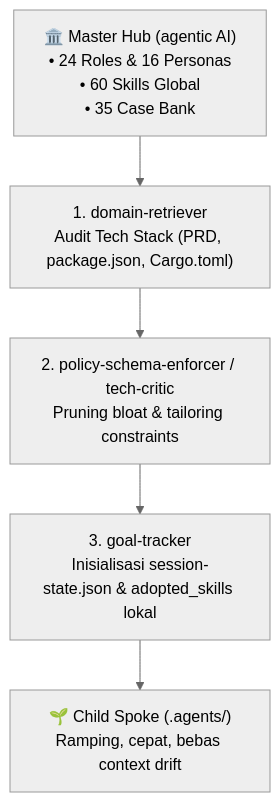
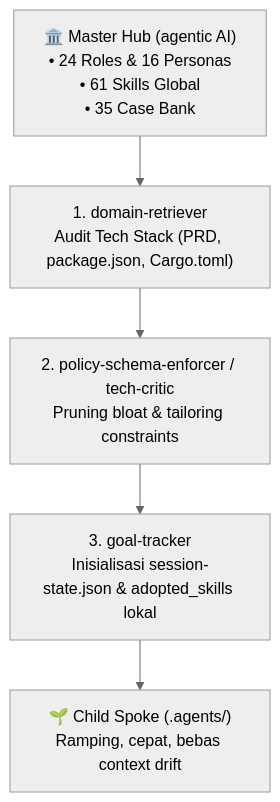
One commit to AhmadArifff/agentic-ai-skill changed the diagram in .agents/knowledge/spoke-adoption-guide.md. Above: the diagram before and after it, drawn with Mermaid (neutral theme). The commit also changed other lines of this file and 20 other files, not shown here.

Commit message:
feat: add agentic AI hub-and-spoke architecture, Mocha skill, and sync scripts

````diff
--- a/.agents/knowledge/spoke-adoption-guide.md
+++ b/.agents/knowledge/spoke-adoption-guide.md
@@ -11,9 +11,9 @@
 ```mermaid
 flowchart TD
-    MASTER["🏛️ Master Hub (agentic AI)<br/>• 24 Roles & 16 Personas<br/>• 60 Skills Global<br/>• 35 Case Bank"]
+    MASTER["🏛️ Master Hub (agentic AI)<br/>• 24 Roles & 16 Personas<br/>• 61 Skills Global<br/>• 35 Case Bank"]
     
     MASTER --> AUDIT["1. domain-retriever<br/>Audit Tech Stack (PRD, package.json, Cargo.toml)"]
     AUDIT --> PRUNE["2. policy-schema-enforcer / tech-critic<br/>Pruning bloat & tailoring constraints"]
     PRUNE --> INIT["3. goal-tracker<br/>Inisialisasi session-state.json & adopted_skills lokal"]
     INIT --> SPOKE["🌱 Child Spoke (.agents/)<br/>Ramping, cepat, bebas context drift"]
 ```
````
